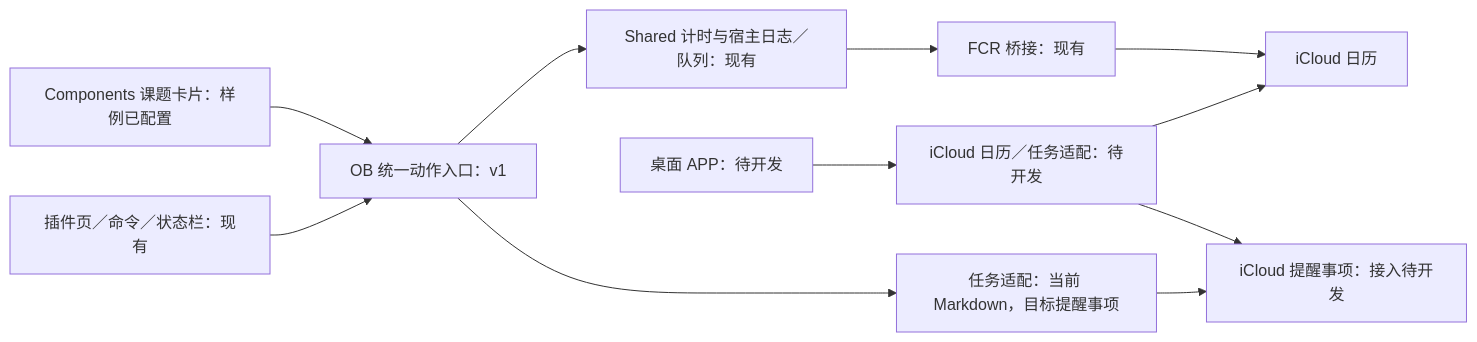
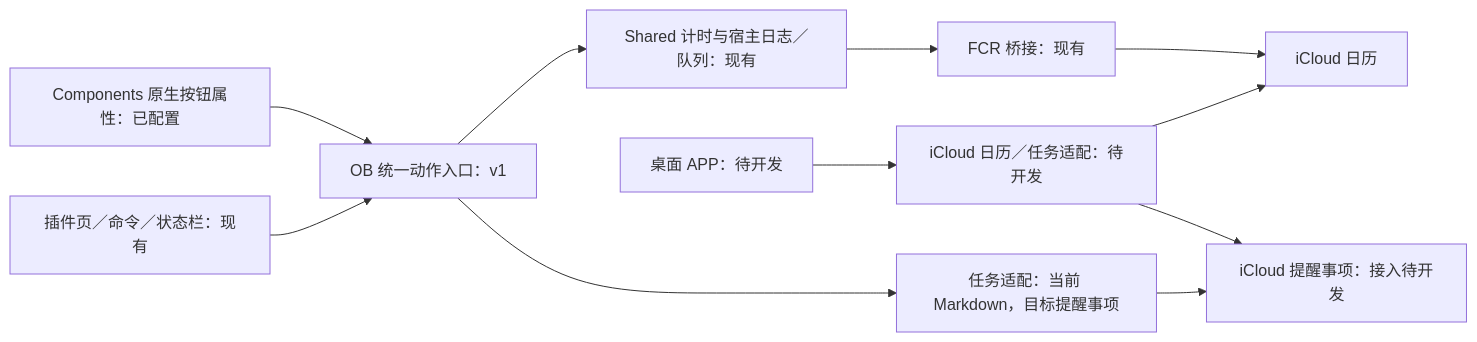
Before and after one commit to Yang-Jia-Lin/OB-Calendar-and-Tasks-with-iOS: the diagram in Notes/2-架构设计.md, drawn with Mermaid. The commit also changed other lines of this file and 31 other files, not shown here.

````diff
--- a/Notes/2-架构设计.md
+++ b/Notes/2-架构设计.md
@@ -33,13 +33,13 @@
 ```mermaid
 flowchart LR
-    Card[Components 课题卡片：样例已配置] --> Entry[OB 统一动作入口：v1]
+    Card[Components 原生按钮属性：已配置] --> Entry[OB 统一动作入口：v1]
     View[插件页／命令／状态栏：现有] --> Entry
     Entry --> Core[Shared 计时与宿主日志／队列：现有]
     Entry --> Task[任务适配：当前 Markdown，目标提醒事项]
     Core --> FCR[FCR 桥接：现有]
     FCR --> Calendar[iCloud 日历]
     Task --> Reminders[iCloud 提醒事项：接入待开发]
     Desktop[桌面 APP：待开发] --> Adapters[iCloud 日历／任务适配：待开发]
     Adapters --> Calendar
     Adapters --> Reminders
 ```
````
